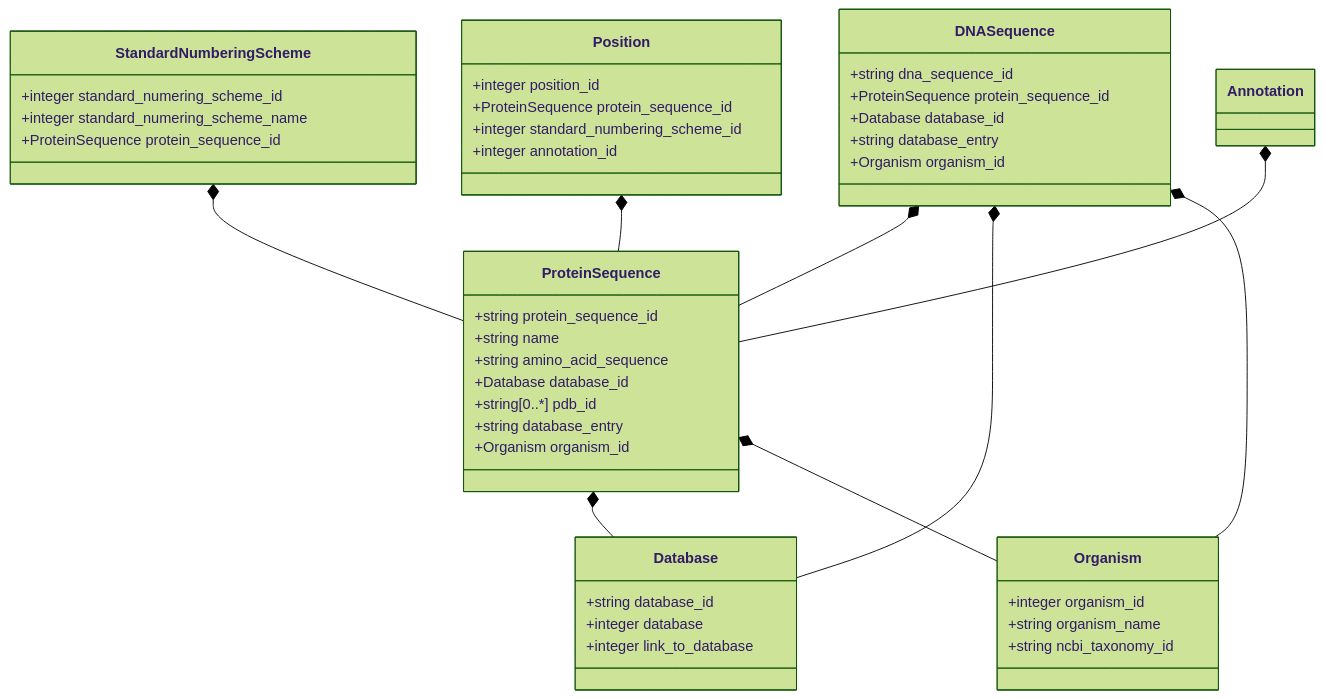
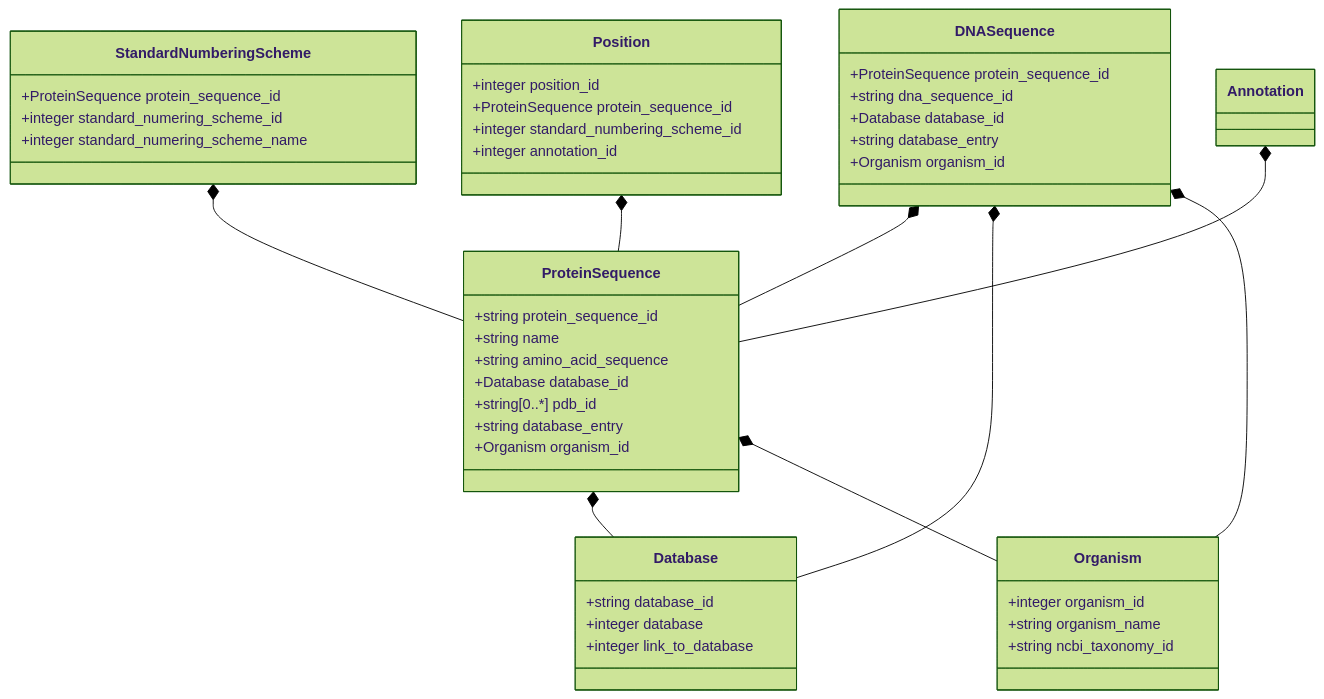
The diagram in Database/schemes/-.md (maxim945/PyEED-Fullprototype), drawn with Mermaid (forest theme) before and after one commit. The commit also changed other lines of this file and 7 other files, not shown here.

````diff
--- a/Database/schemes/-.md
+++ b/Database/schemes/-.md
@@ -1,55 +1,55 @@
 ```mermaid
 classDiagram
     ProteinSequence *-- Database
     ProteinSequence *-- Organism
     DNASequence *-- ProteinSequence
     DNASequence *-- Database
     DNASequence *-- Organism
     StandardNumberingScheme *-- ProteinSequence
     Position *-- ProteinSequence
     Annotation *-- ProteinSequence
     
     class ProteinSequence {
         +string protein_sequence_id
         +string name
         +string amino_acid_sequence
         +Database database_id
         +string[0..*] pdb_id
         +string database_entry
         +Organism organism_id
     }
     
     class DNASequence {
+        +ProteinSequence protein_sequence_id
         +string dna_sequence_id
-        +ProteinSequence protein_sequence_id
         +Database database_id
         +string database_entry
         +Organism organism_id
     }
     
     class Organism {
         +integer organism_id
         +string organism_name
         +string ncbi_taxonomy_id
     }
     
     class Database {
         +string database_id
         +integer database
         +integer link_to_database
     }
     
     class StandardNumberingScheme {
+        +ProteinSequence protein_sequence_id
         +integer standard_numering_scheme_id
         +integer standard_numering_scheme_name
-        +ProteinSequence protein_sequence_id
     }
     
     class Position {
         +integer position_id
         +ProteinSequence protein_sequence_id
         +integer standard_numbering_scheme_id
         +integer annotation_id
     }
     
 ```
````
